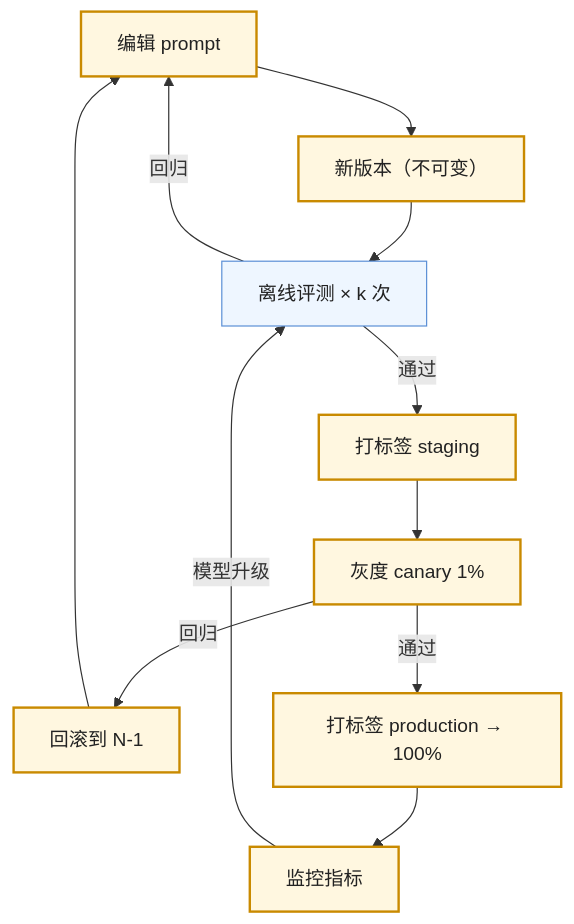
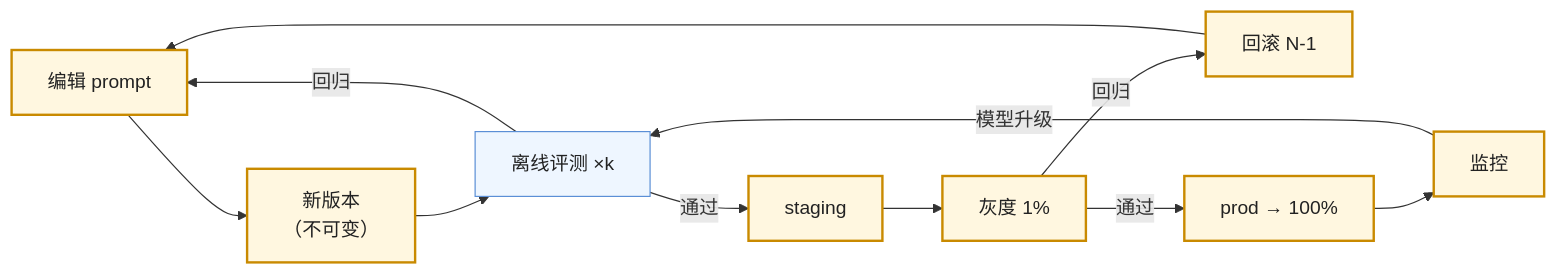
Before and after one commit to arganzheng/arganzheng.github.com: the fifth of 5 diagrams in slides/2026-10-11-context-engineering.md, drawn with Mermaid. The commit also changed other lines of this file, not shown here.

Commit message:
slides(2026-10-11-context-engineering): 图内文字 ≥14px——标签缩短/拆分/Unicode 数学

````diff
--- a/slides/2026-10-11-context-engineering.md
+++ b/slides/2026-10-11-context-engineering.md
@@ -201,19 +198,16 @@
 ```mermaid
-%%{init: {"flowchart": {"wrappingWidth": 180}}}%%
-flowchart TB
-    E["编辑 prompt"] --> V["新版本（不可变）"]
-    V --> T["离线评测 × k 次"]
+%%{init: {"flowchart": {"wrappingWidth": 140}}}%%
+flowchart LR
+    E["编辑 prompt"] --> V["新版本<br/>（不可变）"] --> T["离线评测 ×k"]
     T -->|"回归"| E
-    T -->|"通过"| L1["打标签 staging"]
-    L1 --> G["灰度 canary 1%"]
-    G -->|"回归"| RB["回滚到 N-1"]
-    G -->|"通过"| L2["打标签 production → 100%"]
-    L2 --> M["监控指标"]
+    T -->|"通过"| L1["staging"] --> G["灰度 1%"]
+    G -->|"回归"| RB["回滚 N-1"]
+    G -->|"通过"| L2["prod → 100%"] --> M["监控"]
     M -->|"模型升级"| T
     RB --> E
 
     classDef step fill:#fff7e0,stroke:#c98a00,stroke-width:2px,color:#222
     classDef gate fill:#eef6ff,stroke:#5b8fd6,color:#222
     class E,V,L1,G,L2,M,RB step
     class T gate
 ```
````
